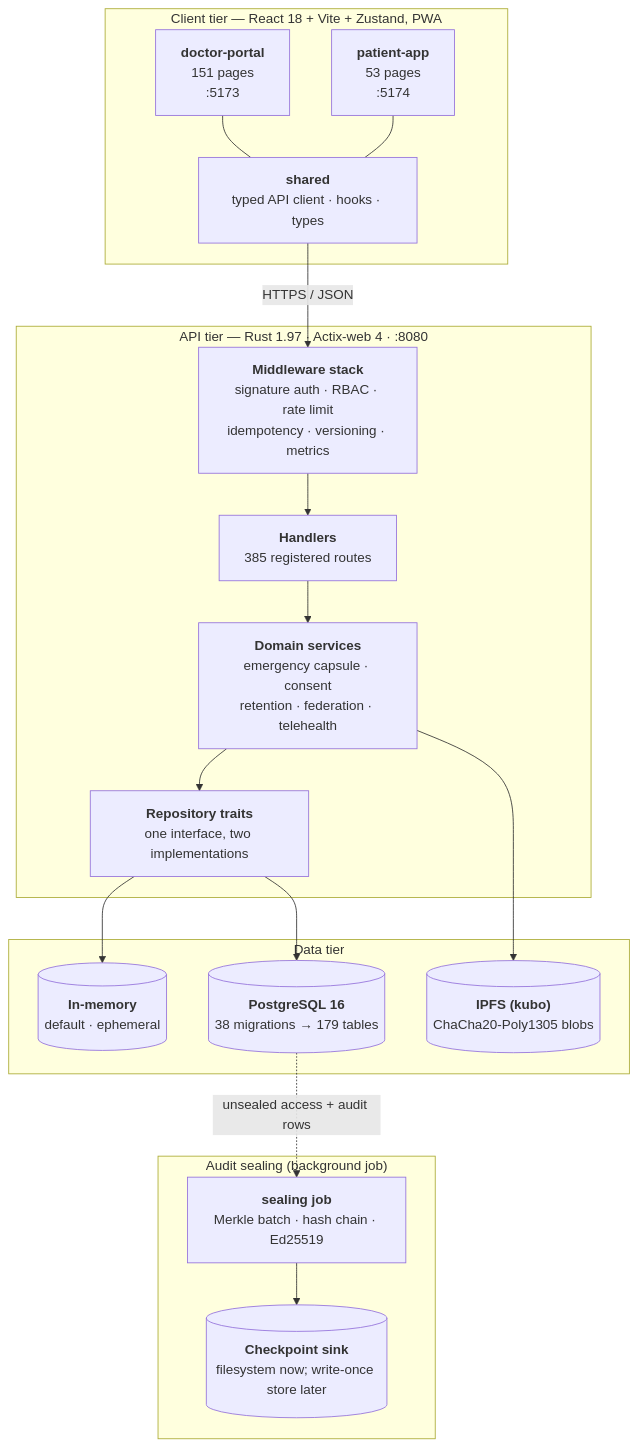
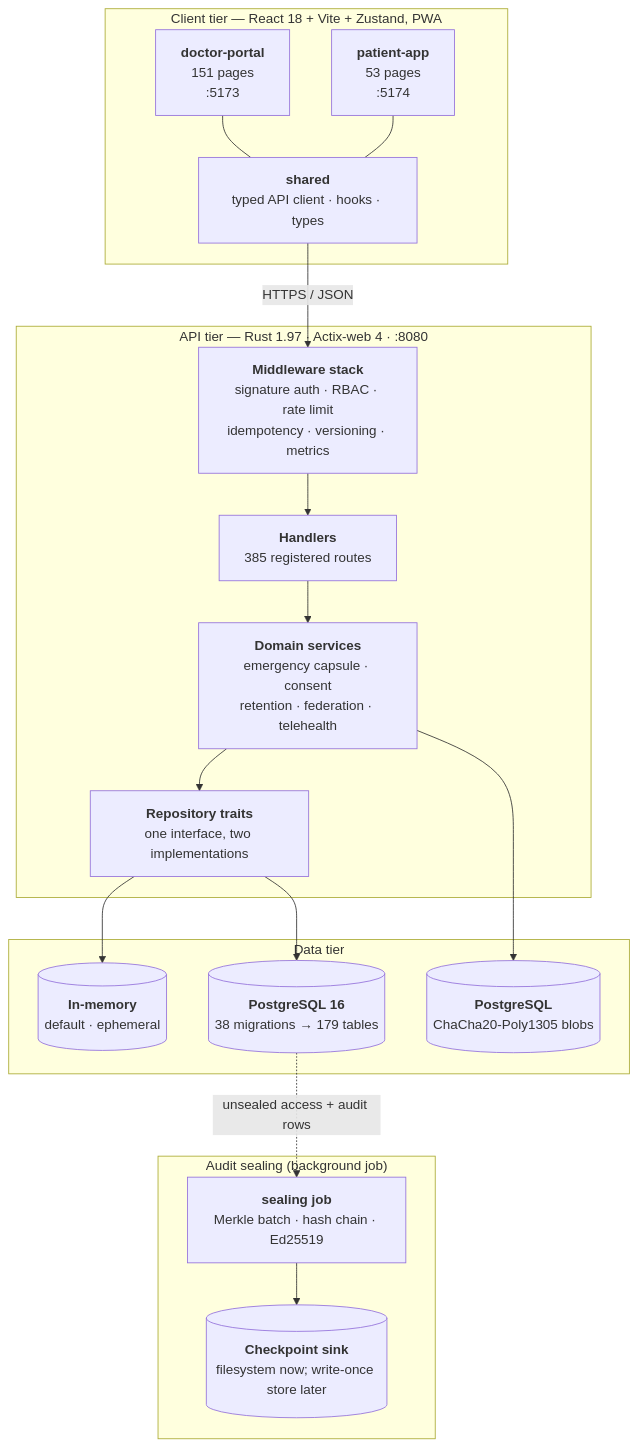
The second of 9 diagrams in docs/architecture.md (Lukau-Tech-Invasion/medichain), drawn with Mermaid before and after one commit. The commit also changed other lines of this file and 16 other files, not shown here.

Commit message:
Keep MediChain demo data in PostgreSQL and fail closed on storage loss

````diff
--- a/docs/architecture.md
+++ b/docs/architecture.md
@@ -76,36 +76,36 @@
 ```mermaid
 graph TB
     subgraph client["Client tier — React 18 + Vite + Zustand, PWA"]
         DP["<b>doctor-portal</b><br/>151 pages<br/>:5173"]
         PA["<b>patient-app</b><br/>53 pages<br/>:5174"]
         SH["<b>shared</b><br/>typed API client · hooks · types"]
         DP --- SH
         PA --- SH
     end
 
     subgraph api["API tier — Rust 1.97 · Actix-web 4 · :8080"]
         MW["<b>Middleware stack</b><br/>signature auth · RBAC · rate limit<br/>idempotency · versioning · metrics"]
         HAND["<b>Handlers</b><br/>385 registered routes"]
         DOM["<b>Domain services</b><br/>emergency capsule · consent<br/>retention · federation · telehealth"]
         REPO["<b>Repository traits</b><br/>one interface, two implementations"]
     end
 
     subgraph data["Data tier"]
         MEM[("<b>In-memory</b><br/>default · ephemeral")]
         PG[("<b>PostgreSQL 16</b><br/>38 migrations → 179 tables")]
-        IPFSN[("<b>IPFS (kubo)</b><br/>ChaCha20-Poly1305 blobs")]
+        BLOBS[("<b>PostgreSQL</b><br/>ChaCha20-Poly1305 blobs")]
     end
 
     subgraph seal["Audit sealing (background job)"]
         SJ["<b>sealing job</b><br/>Merkle batch · hash chain · Ed25519"]
         SK[("<b>Checkpoint sink</b><br/>filesystem now; write-once store later")]
         SJ --> SK
     end
 
     SH -->|"HTTPS / JSON"| MW
     MW --> HAND --> DOM --> REPO
     REPO --> MEM
     REPO --> PG
-    DOM --> IPFSN
+    DOM --> BLOBS
     PG -.->|"unsealed access + audit rows"| SJ
 ```
````
